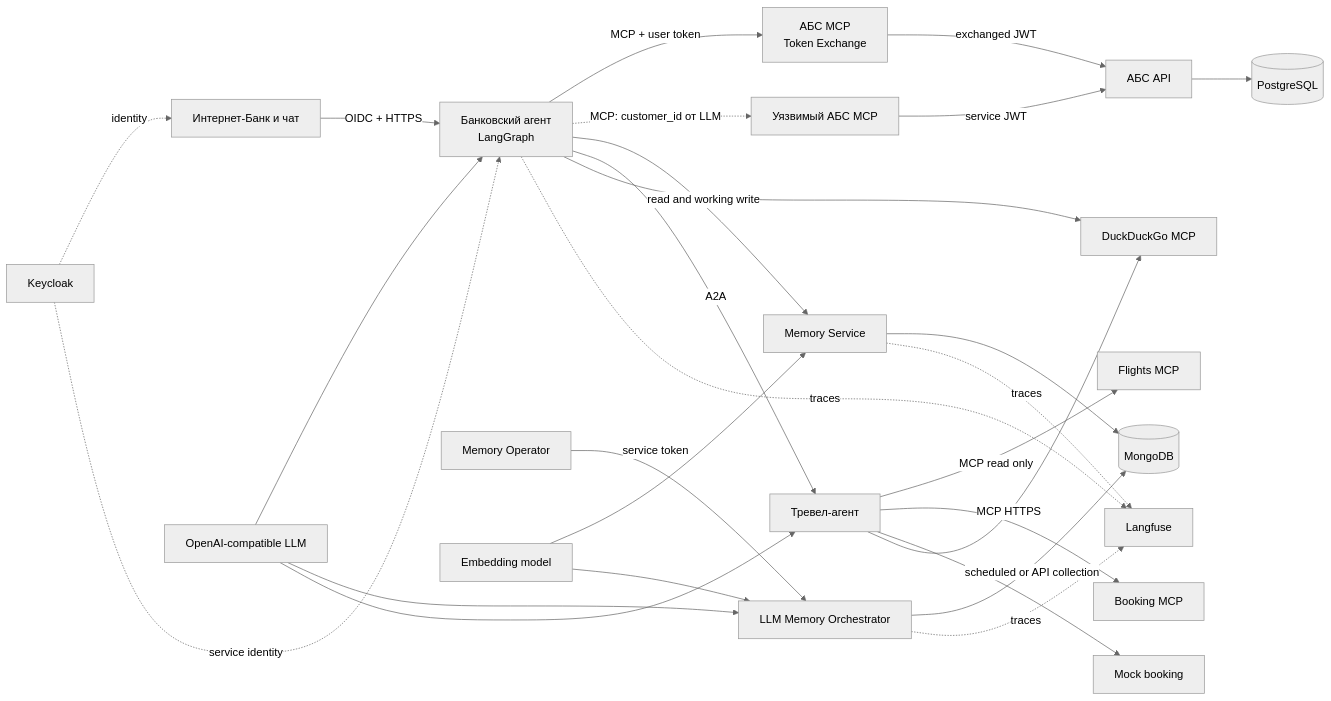
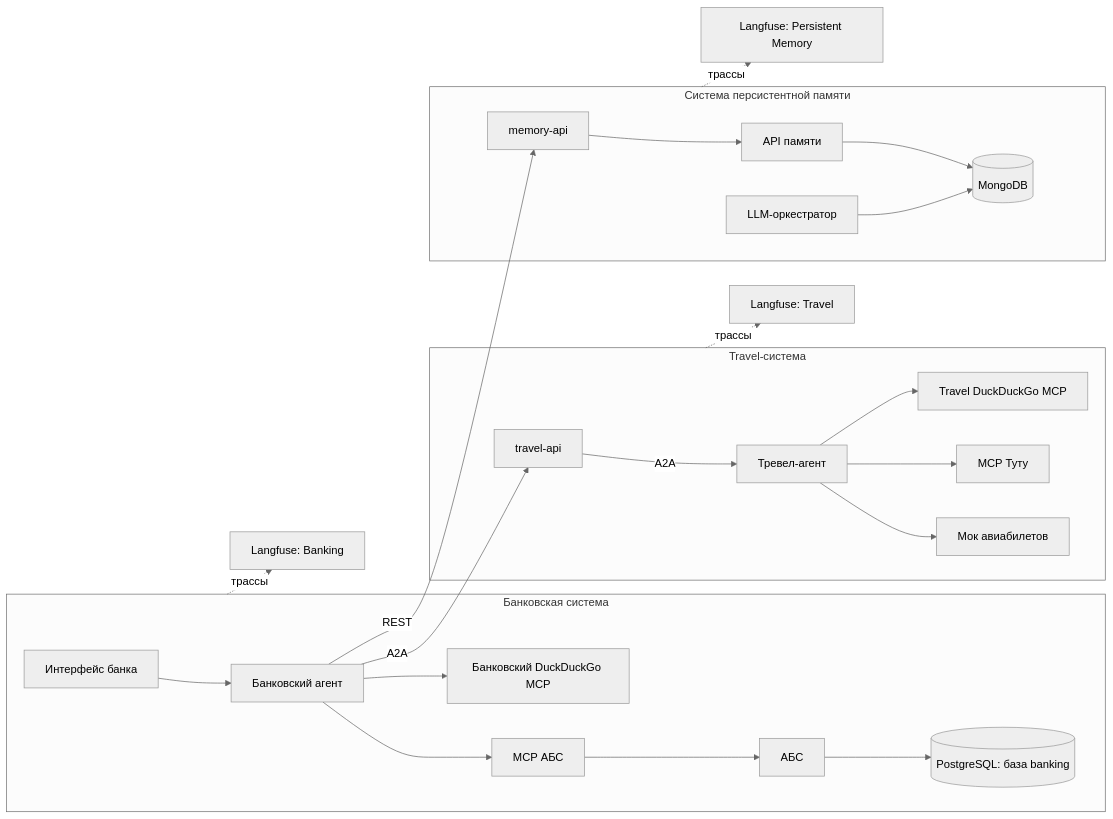
Before and after one commit to LLAMATOR-Core/agentic-banking-lab: the diagram in docs/ARCHITECTURE.md, drawn with Mermaid (neutral theme). The commit also changed other lines of this file and 53 other files, not shown here.

````diff
--- a/docs/ARCHITECTURE.md
+++ b/docs/ARCHITECTURE.md
@@ -8,32 +15,26 @@
 ```mermaid
 flowchart LR
-  UI[Интернет-Банк и чат] -->|OIDC + HTTPS| BA[Банковский агент<br/>LangGraph]
-  BA -->|MCP + user token| SM[АБС MCP<br/>Token Exchange]
-  BA -.->|MCP: customer_id от LLM| VM[Уязвимый АБС MCP]
-  SM -->|exchanged JWT| ABS[АБС API]
-  VM -->|service JWT| ABS
-  ABS --> PG[(PostgreSQL)]
-
-  BA -->|read and working write| MS[Memory Service]
-  MS --> MG[(MongoDB)]
-  OP[Memory Operator] -->|service token| MO[LLM Memory Orchestrator]
-  MO -->|scheduled or API collection| MG
-  BA -->|A2A| TA[Тревел-агент]
-  TA -->|MCP read only| AV[Flights MCP]
-  TA -->|MCP HTTPS| BK[Booking MCP]
-  TA --> MB[Mock booking]
-  BA --> DDG[DuckDuckGo MCP]
-  TA --> DDG
-
-  LLM[OpenAI-compatible LLM] --> BA
-  EMB[Embedding model] --> MS
-  EMB --> MO
-  LLM --> MO
-  LLM --> TA
-
-  KC[Keycloak] -. identity .-> UI
-  KC -. service identity .-> BA
-  BA -. traces .-> LF[Langfuse]
-  MS -. traces .-> LF
-  MO -. traces .-> LF
+  subgraph BANK[Банковская система]
+    UI[Интерфейс банка] --> BA[Банковский агент]
+    BA --> BM[MCP АБС]
+    BM --> ABS[АБС]
+    ABS --> PG[(PostgreSQL: база banking)]
+    BA --> BN[Банковский DuckDuckGo MCP]
+  end
+  subgraph TRAVEL[Travel-система]
+    TG[travel-api] -->|A2A| TA[Тревел-агент]
+    TA --> FM[Мок авиабилетов]
+    TA --> TT[MCP Туту]
+    TA --> TN[Travel DuckDuckGo MCP]
+  end
+  subgraph MEMORY[Система персистентной памяти]
+    MG[memory-api] --> MS[API памяти]
+    MS --> DB[(MongoDB)]
+    MO[LLM-оркестратор] --> DB
+  end
+  BA -->|A2A| TG
+  BA -->|REST| MG
+  BANK -. трассы .-> LB[Langfuse: Banking]
+  TRAVEL -. трассы .-> LT[Langfuse: Travel]
+  MEMORY -. трассы .-> LM[Langfuse: Persistent Memory]
 ```
````
